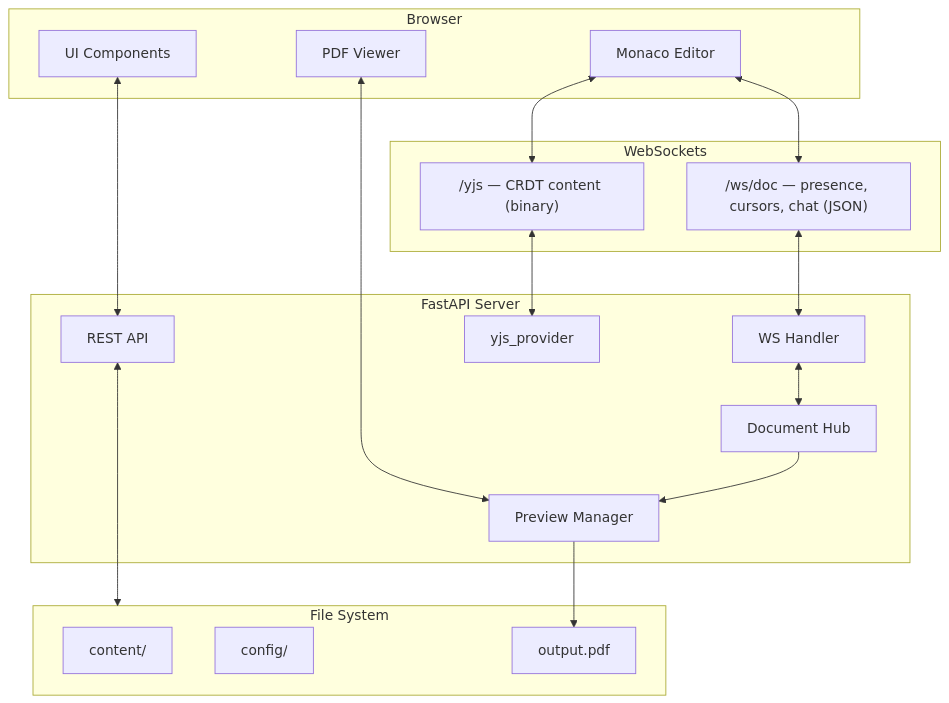
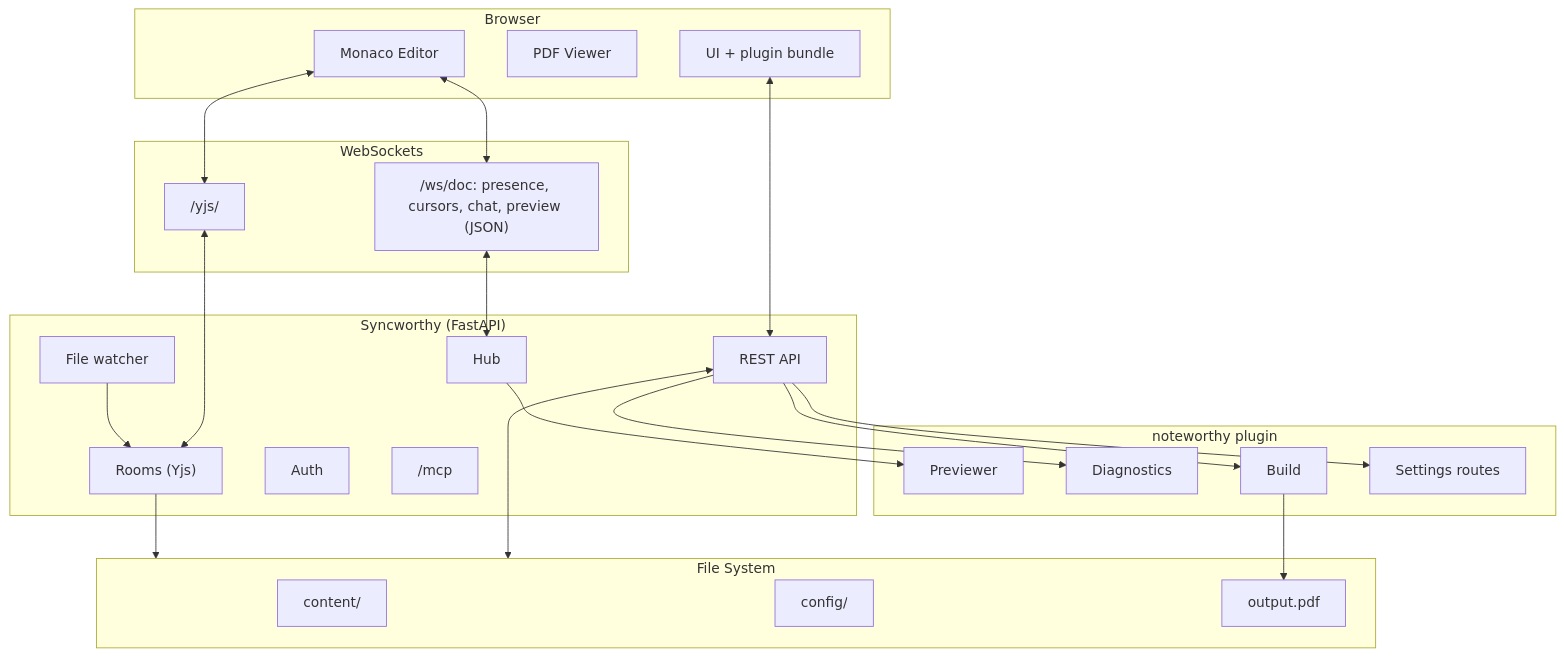
Before and after one commit to sihooleebd/noteworthy: the diagram in docs/architecture/gui-stack.md, drawn with Mermaid. The commit also changed other lines of this file and 12 other files, not shown here.

First line of the commit message:
Docs: the GUI is Syncworthy plus the noteworthy plugin

````diff
--- a/docs/architecture/gui-stack.md
+++ b/docs/architecture/gui-stack.md
@@ -98,40 +73,49 @@
 ```mermaid
 graph TB
     subgraph Browser["Browser"]
         Monaco["Monaco Editor"]
         PDFViewer["PDF Viewer"]
-        UI["UI Components"]
+        UI["UI + plugin bundle"]
     end
 
     subgraph WebSocket["WebSockets"]
-        YjsSock["/yjs — CRDT content (binary)"]
-        DocSock["/ws/doc — presence, cursors, chat (JSON)"]
+        YjsSock["/yjs/<path>: CRDT content (binary)"]
+        DocSock["/ws/doc: presence, cursors, chat, preview (JSON)"]
     end
 
-    subgraph Server["FastAPI Server"]
+    subgraph Syncworthy["Syncworthy (FastAPI)"]
         Routes["REST API"]
-        WSHandler["WS Handler"]
-        Hub["Document Hub"]
-        Provider["yjs_provider"]
-        Preview["Preview Manager"]
+        Hub["Hub"]
+        Rooms["Rooms (Yjs)"]
+        Watcher["File watcher"]
+        Auth["Auth"]
+        MCP["/mcp"]
+    end
+
+    subgraph Plugin["noteworthy plugin"]
+        Preview["Previewer"]
+        Diag["Diagnostics"]
+        Build["Build"]
+        Settings["Settings routes"]
     end
 
     subgraph FileSystem["File System"]
         Content["content/"]
         Config["config/"]
         Output["output.pdf"]
     end
 
     Monaco <--> YjsSock
     Monaco <--> DocSock
-    PDFViewer <--> Preview
+    YjsSock <--> Rooms
+    DocSock <--> Hub
     UI <--> Routes
-
-    YjsSock <--> Provider["yjs_provider"]
-    DocSock <--> WSHandler
-
-    WSHandler <--> Hub
     Routes <--> FileSystem
+    Rooms --> FileSystem
+    Watcher --> Rooms
     Hub --> Preview
-    Preview --> Output
+    Routes --> Diag
+    Routes --> Build
+    Routes --> Settings
+    Build --> Output
 ```
````
